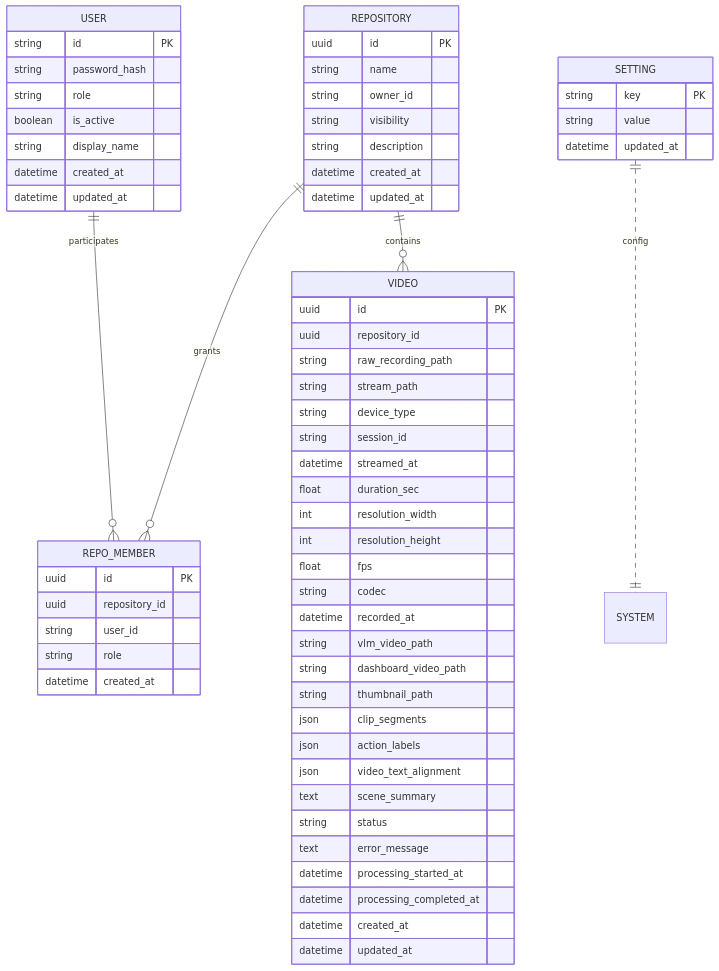
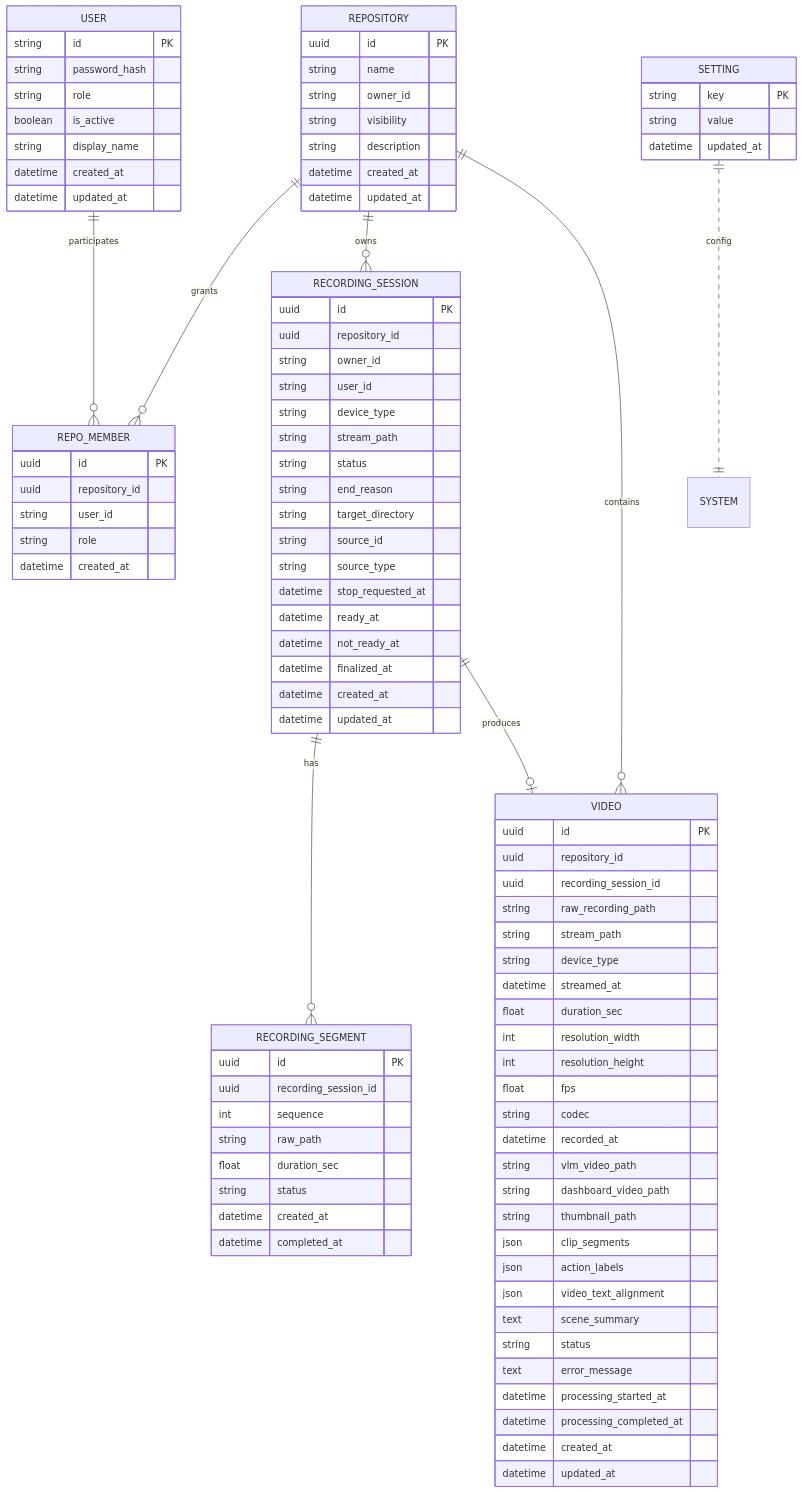
One commit to ego-flow/ego-flow-server changed the diagram in docs/07. project_database.md. Above: the diagram before and after it, drawn with Mermaid. The commit also changed other lines of this file and 39 other files, not shown here.

```diff
--- a/docs/07. project_database.md
+++ b/docs/07. project_database.md
@@ -47,7 +77,10 @@
 erDiagram
     USER ||--o{ REPO_MEMBER : participates
     REPOSITORY ||--o{ REPO_MEMBER : grants
+    REPOSITORY ||--o{ RECORDING_SESSION : owns
     REPOSITORY ||--o{ VIDEO : contains
+    RECORDING_SESSION ||--o{ RECORDING_SEGMENT : has
+    RECORDING_SESSION ||--o| VIDEO : produces
     SETTING ||..|| SYSTEM : config
 
     USER {
@@ -84,13 +117,44 @@
         datetime created_at
     }
 
+    RECORDING_SESSION {
+        uuid id PK
+        uuid repository_id
+        string owner_id
+        string user_id
+        string device_type
+        string stream_path
+        string status
+        string end_reason
+        string target_directory
+        string source_id
+        string source_type
+        datetime stop_requested_at
+        datetime ready_at
+        datetime not_ready_at
+        datetime finalized_at
+        datetime created_at
+        datetime updated_at
+    }
+
+    RECORDING_SEGMENT {
+        uuid id PK
+        uuid recording_session_id
+        int sequence
+        string raw_path
+        float duration_sec
+        string status
+        datetime created_at
+        datetime completed_at
+    }
+
     VIDEO {
         uuid id PK
         uuid repository_id
+        uuid recording_session_id
         string raw_recording_path
         string stream_path
         string device_type
-        string session_id
         datetime streamed_at
         float duration_sec
         int resolution_width
```
